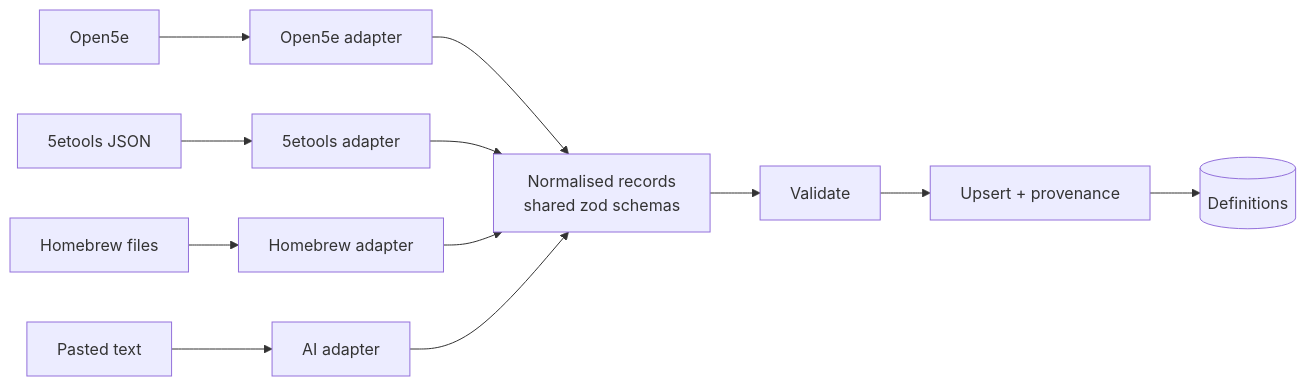
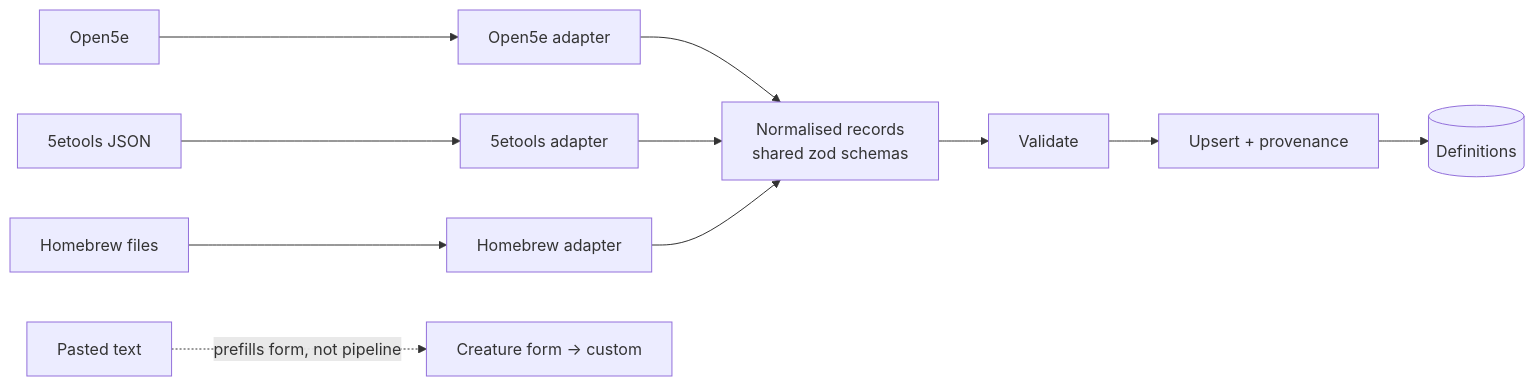
Before and after one commit to szymonbalasz/pocket-plane: the diagram in docs/architecture/adr/0015-source-adapters-fixtures.md, drawn with Mermaid. The commit also changed other lines of this file and 5 other files, not shown here.

Commit message:
Pipeline core in MVP (minimal); AI paste as form prefill

````diff
--- a/docs/architecture/adr/0015-source-adapters-fixtures.md
+++ b/docs/architecture/adr/0015-source-adapters-fixtures.md
@@ -25,9 +25,9 @@
 ```mermaid
 graph LR
   S1[Open5e] --> A1[Open5e adapter]
   S2[5etools JSON] --> A2[5etools adapter]
   S3[Homebrew files] --> A3[Homebrew adapter]
-  S4[Pasted text] --> A4[AI adapter]
-  A1 & A2 & A3 & A4 --> N[Normalised records<br/>shared zod schemas]
+  S4[Pasted text] -.->|prefills form, not pipeline| F[Creature form → custom]
+  A1 & A2 & A3 --> N[Normalised records<br/>shared zod schemas]
   N --> V[Validate] --> U[Upsert + provenance] --> DB[(Definitions)]
 ```
````
